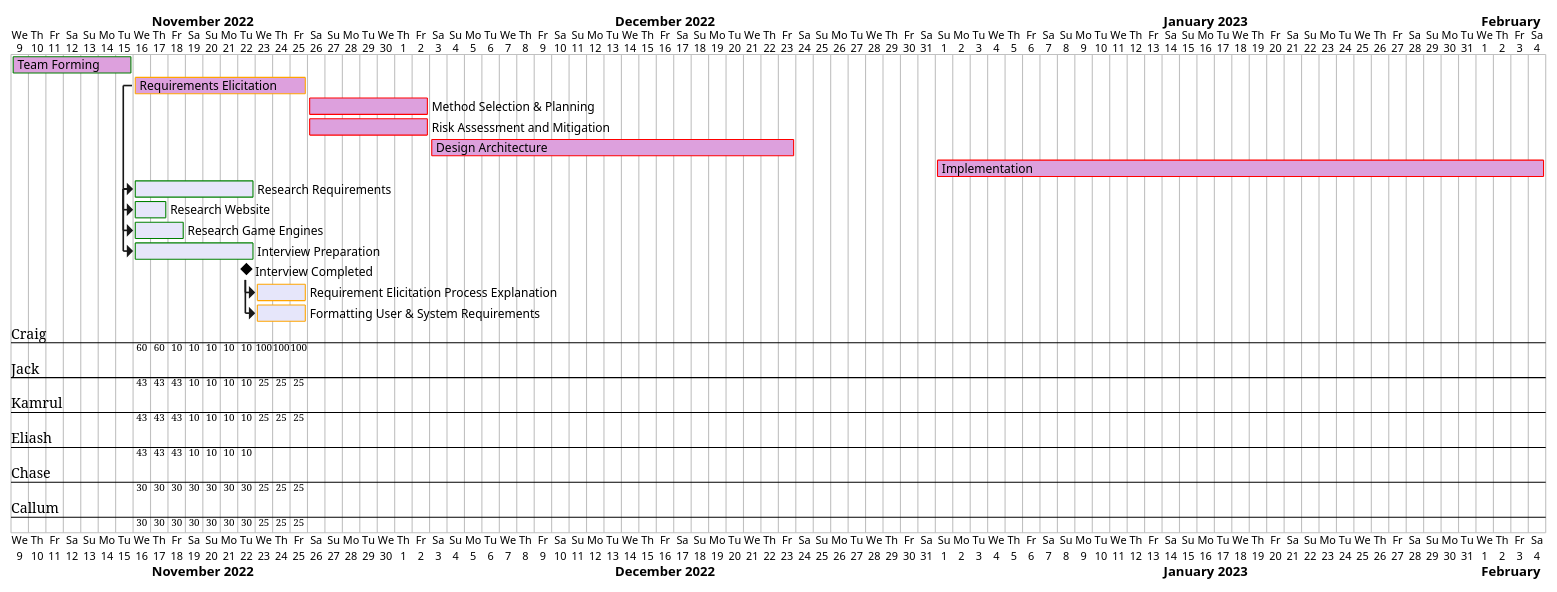
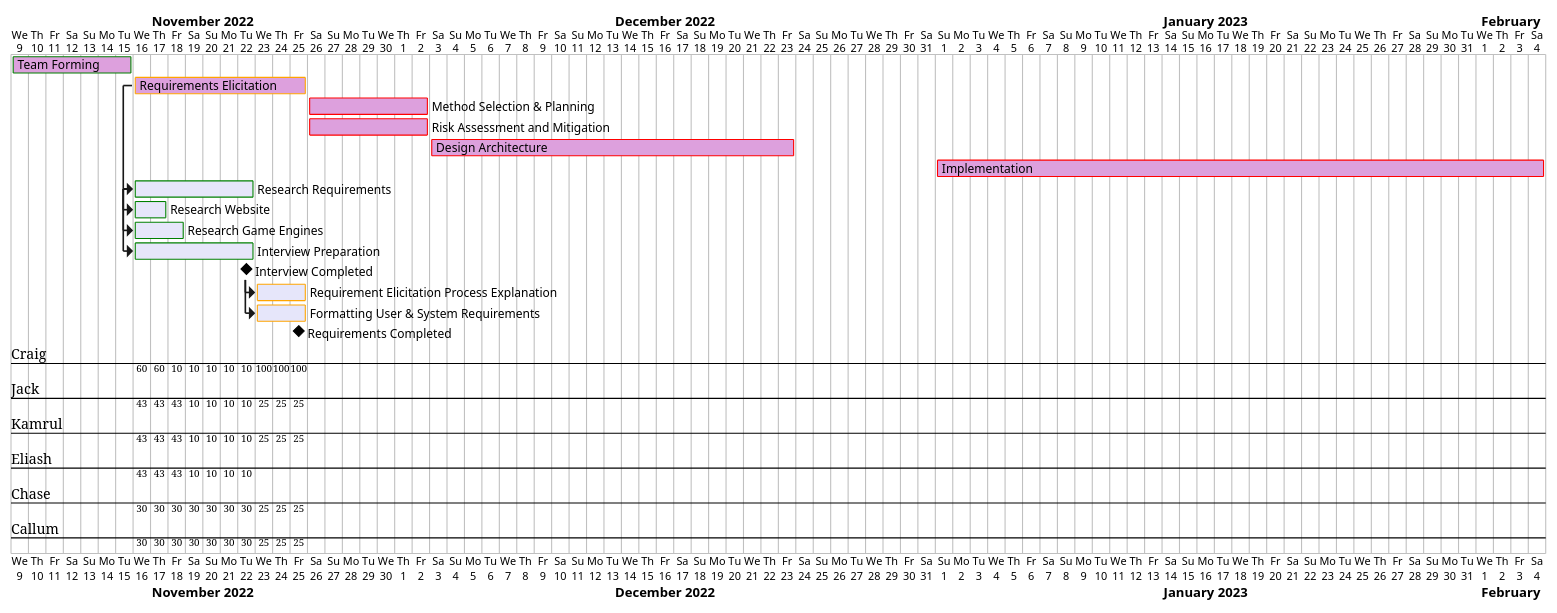
Before and after one commit to Runtime-Terrors-Team-5/UML-Diagrams: the diagram in Weekly Gantt/Gantt W10.wsd, drawn with PlantUML. The commit also changed 1 other file, not shown here.

```diff
--- a/Weekly Gantt/Gantt W10.wsd
+++ b/Weekly Gantt/Gantt W10.wsd
@@ -2,28 +2,31 @@
 @startgantt
 hide ressources names
 'Main Goals
 [Team Forming] lasts 7 days and is colored in Plum/Green
 [Requirements Elicitation] lasts 10 days and is colored in Plum/Orange
 [Method Selection & Planning] lasts 7 days and is colored in Plum/Red
 [Risk Assessment and Mitigation] lasts 7 days and is colored in Plum/Red
 [Design Architecture] lasts 21 days and is colored in Plum/Red
 [Implementation] lasts 35 days and is colored in Plum/Red
 Project starts 2022-11-09
 [Team Forming] starts 2022-11-09
 [Requirements Elicitation] starts 2022-11-16
 [Method Selection & Planning] starts 2022-11-26
 [Risk Assessment and Mitigation] starts 2022-11-26
 [Design Architecture] starts 2022-12-03
 [Implementation] starts 2023-01-01
 
-'
+'Requirements
 [Research Requirements] lasts 7 days and is colored in Lavender/Green and starts after [Requirements Elicitation]'s start
 [Research Website] on {Craig:50%} lasts 1 days and is colored in Lavender/Green and starts after [Research Requirements]'s start
 [Research Game Engines] on {Jack:33%}{Kamrul:33%}{Eliash:33%} lasts 2 days and is colored in Lavender/Green and starts after [Research Requirements]'s start
 [Interview Preparation] on {Chase:30%}{Callum:30%}{Jack:10%}{Kamrul:10%}{Eliash:10%}{Craig:10%} lasts 7 days and is colored in Lavender/Green and starts after [Research Requirements]’s start
 [Interview Completed] happens at [Interview Preparation]’s end
 
 [Requirement Elicitation Process Explanation] on {Craig:100%} lasts 3 days and is colored in Lavender/Orange and starts after [Interview Completed]'s end
 [Formatting User & System Requirements] on {Callum:25%}{Jack:25%}{Kamrul:25%}{Chase:25%} lasts 3 days and is colored in Lavender/Orange and starts after [Interview Completed]'s end
 
+[Requirements Completed] happens at [Formatting User & System Requirements]’s end
+
+'Method 
 @endgantt
```
